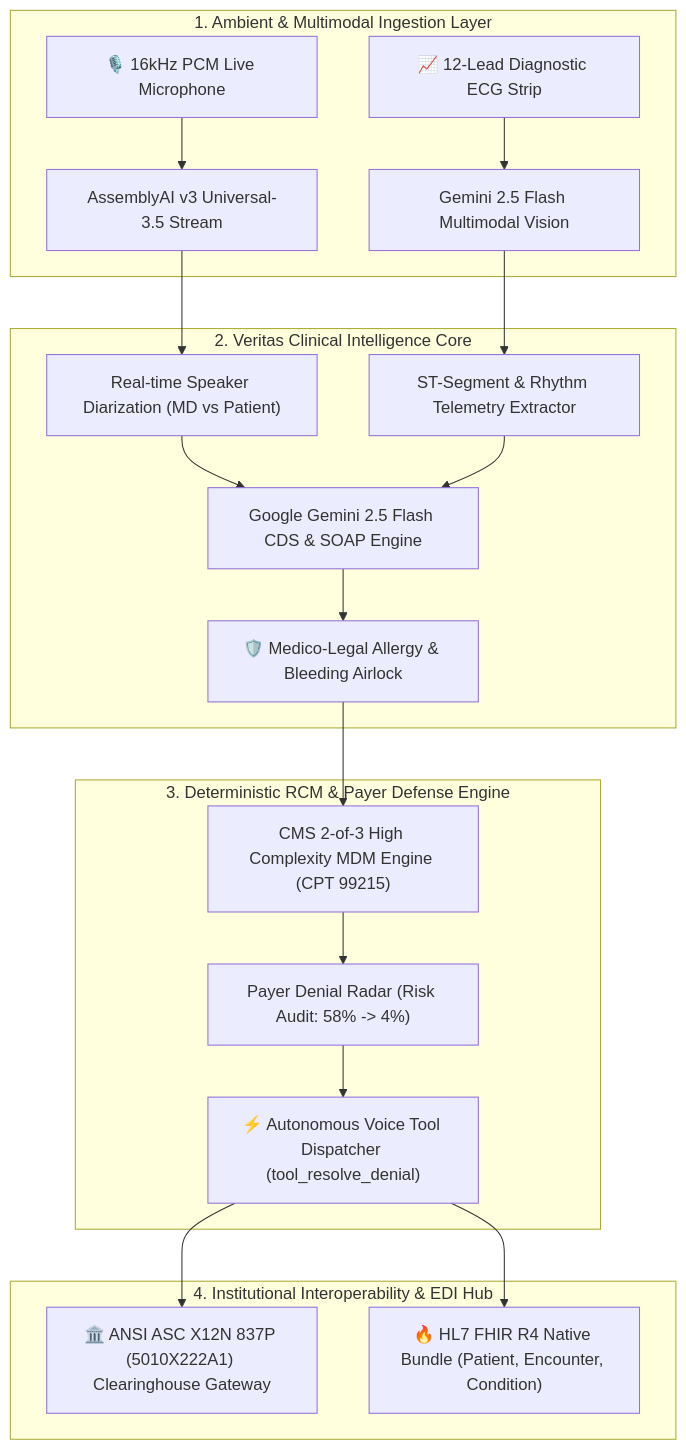
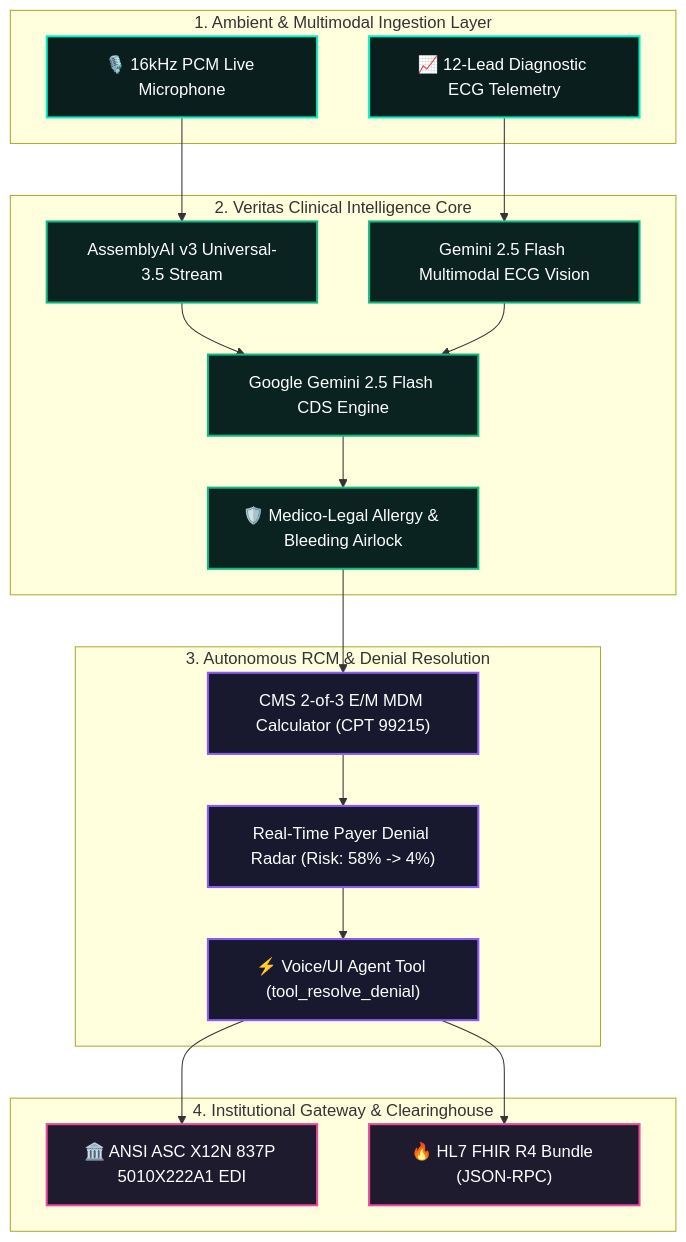
The diagram in README.md (fokrulanthro16-eng/veritas-clinical-ai), drawn with Mermaid before and after one commit. The commit also changed other lines of this file and 4 other files, not shown here.

Commit message:
docs(visuals): polish README with interactive Mermaid architecture, dynamic shields, and visual showcases

````diff
--- a/README.md
+++ b/README.md
@@ -64,26 +81,37 @@
 ```mermaid
 flowchart TB
-    subgraph InputLayer ["1. Ambient & Multimodal Ingestion Layer"]
-        MIC["🎙️ 16kHz PCM Live Microphone"] --> AAI["AssemblyAI v3 Universal-3.5 Stream"]
-        ECG["📈 12-Lead Diagnostic ECG Strip"] --> GEM_VIS["Gemini 2.5 Flash Multimodal Vision"]
+    classDef input fill:#0A1E1D,stroke:#00F2C2,stroke-width:2px,color:#fff;
+    classDef core fill:#0B2320,stroke:#10B981,stroke-width:2px,color:#fff;
+    classDef rcm fill:#18182E,stroke:#8B5CF6,stroke-width:2px,color:#fff;
+    classDef interop fill:#1E1B2E,stroke:#EC4899,stroke-width:2px,color:#fff;
+
+    subgraph INTAKE ["1. Ambient & Multimodal Ingestion Layer"]
+        MIC["🎙️ 16kHz PCM Live Microphone"]:::input
+        ECG["📈 12-Lead Diagnostic ECG Telemetry"]:::input
     end
 
-    subgraph CoreEngine ["2. Veritas Clinical Intelligence Core"]
-        AAI --> DIAR["Real-time Speaker Diarization (MD vs Patient)"]
-        DIAR --> GEM_CDS["Google Gemini 2.5 Flash CDS & SOAP Engine"]
-        GEM_VIS --> TELEM["ST-Segment & Rhythm Telemetry Extractor"]
-        TELEM --> GEM_CDS
-        GEM_CDS --> AIRLOCK["🛡️ Medico-Legal Allergy & Bleeding Airlock"]
+    subgraph BRAIN ["2. Veritas Clinical Intelligence Core"]
+        AAI["AssemblyAI v3 Universal-3.5 Stream"]:::core
+        GEM_VIS["Gemini 2.5 Flash Multimodal ECG Vision"]:::core
+        GEM_CDS["Google Gemini 2.5 Flash CDS Engine"]:::core
+        AIRLOCK["🛡️ Medico-Legal Allergy & Bleeding Airlock"]:::core
     end
 
-    subgraph AutonomousRCM ["3. Deterministic RCM & Payer Defense Engine"]
-        AIRLOCK --> MDM["CMS 2-of-3 High Complexity MDM Engine (CPT 99215)"]
-        MDM --> RADAR["Payer Denial Radar (Risk Audit: 58% -> 4%)"]
-        RADAR --> AGENT["⚡ Autonomous Voice Tool Dispatcher (tool_resolve_denial)"]
+    subgraph RCM ["3. Autonomous RCM & Denial Resolution"]
+        MDM["CMS 2-of-3 E/M MDM Calculator (CPT 99215)"]:::rcm
+        RADAR["Real-Time Payer Denial Radar (Risk: 58% -> 4%)"]:::rcm
+        DISPATCH["⚡ Voice/UI Agent Tool (tool_resolve_denial)"]:::rcm
     end
 
-    subgraph InteropGateway ["4. Institutional Interoperability & EDI Hub"]
-        AGENT --> EDI["🏛️ ANSI ASC X12N 837P (5010X222A1) Clearinghouse Gateway"]
-        AGENT --> FHIR["🔥 HL7 FHIR R4 Native Bundle (Patient, Encounter, Condition)"]
+    subgraph HUB ["4. Institutional Gateway & Clearinghouse"]
+        EDI["🏛️ ANSI ASC X12N 837P 5010X222A1 EDI"]:::interop
+        FHIR["🔥 HL7 FHIR R4 Bundle (JSON-RPC)"]:::interop
     end
+
+    MIC --> AAI --> GEM_CDS
+    ECG --> GEM_VIS --> GEM_CDS
+    GEM_CDS --> AIRLOCK
+    AIRLOCK --> MDM --> RADAR --> DISPATCH
+    DISPATCH --> EDI
+    DISPATCH --> FHIR
 ```
````
